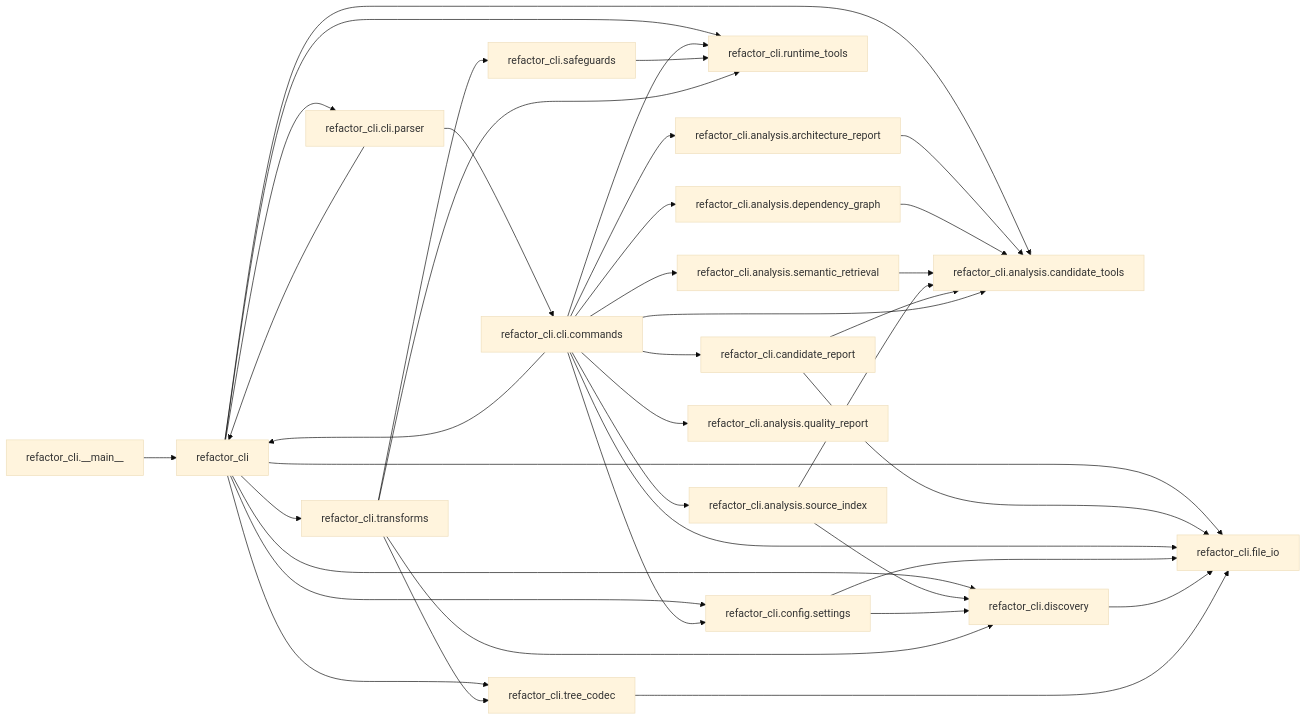
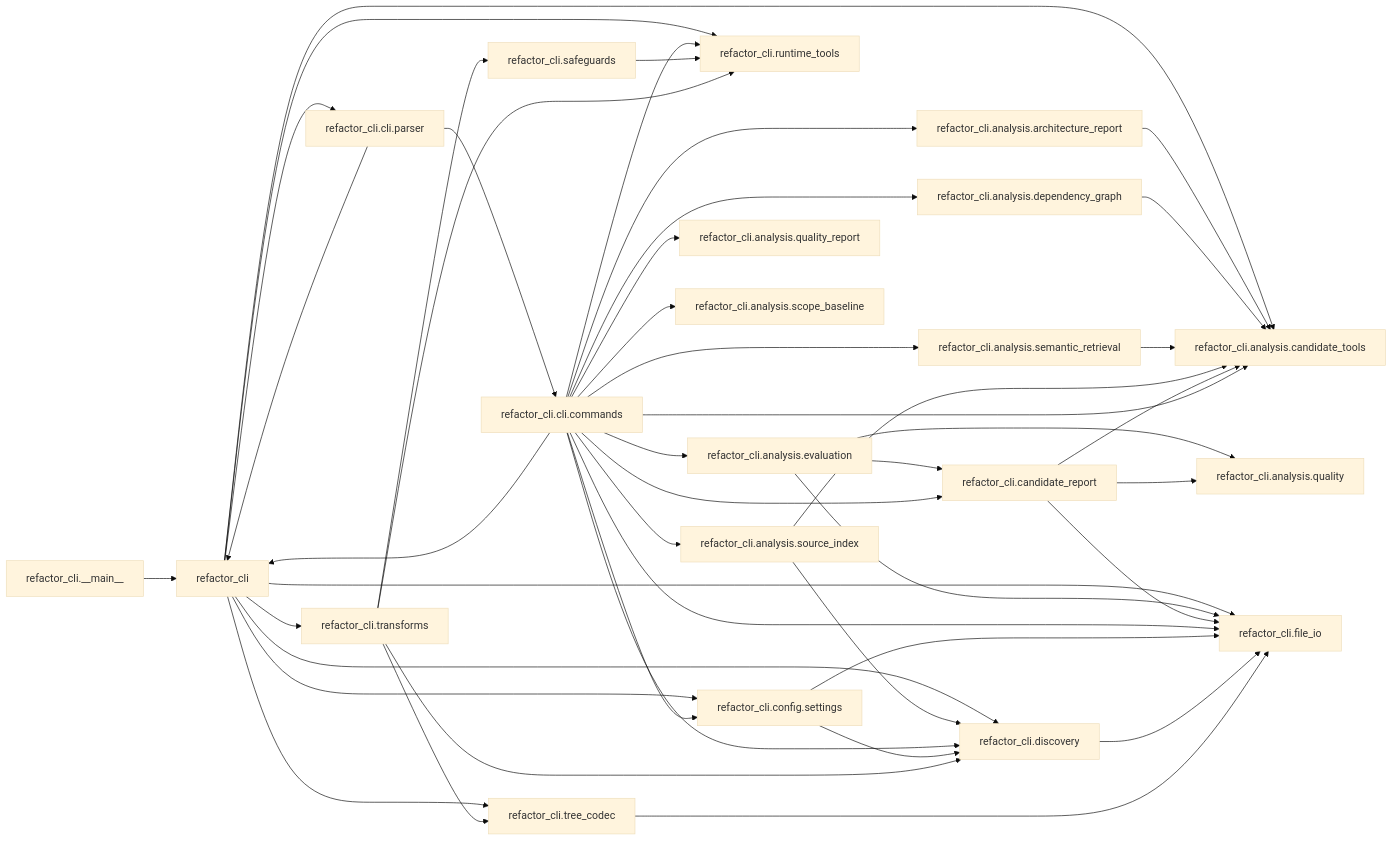
One commit to scl2bp/refactor_cli changed the diagram in .refactor/analysis/quality/quality.md. Above: the diagram before and after it, drawn with Mermaid (base theme). The commit also changed other lines of this file and 1 other file, not shown here.

Commit message:
Update quality report and analysis to reflect new module dependencies and complexity metrics

````diff
--- a/.refactor/analysis/quality/quality.md
+++ b/.refactor/analysis/quality/quality.md
@@ -58,59 +62,69 @@
 ```mermaid
 flowchart LR
     refactor_cli --> refactor_cli_analysis_candidate_tools
     refactor_cli --> refactor_cli_cli_parser
     refactor_cli --> refactor_cli_config_settings
     refactor_cli --> refactor_cli_discovery
     refactor_cli --> refactor_cli_file_io
     refactor_cli --> refactor_cli_runtime_tools
     refactor_cli --> refactor_cli_transforms
     refactor_cli --> refactor_cli_tree_codec
     refactor_cli___main__ --> refactor_cli
     refactor_cli_analysis_architecture_report --> refactor_cli_analysis_candidate_tools
     refactor_cli_analysis_dependency_graph --> refactor_cli_analysis_candidate_tools
+    refactor_cli_analysis_evaluation --> refactor_cli_analysis_quality
+    refactor_cli_analysis_evaluation --> refactor_cli_candidate_report
+    refactor_cli_analysis_evaluation --> refactor_cli_file_io
     refactor_cli_analysis_semantic_retrieval --> refactor_cli_analysis_candidate_tools
     refactor_cli_analysis_source_index --> refactor_cli_analysis_candidate_tools
     refactor_cli_analysis_source_index --> refactor_cli_discovery
     refactor_cli_candidate_report --> refactor_cli_analysis_candidate_tools
+    refactor_cli_candidate_report --> refactor_cli_analysis_quality
     refactor_cli_candidate_report --> refactor_cli_file_io
     refactor_cli_cli_commands --> refactor_cli
     refactor_cli_cli_commands --> refactor_cli_analysis_architecture_report
     refactor_cli_cli_commands --> refactor_cli_analysis_candidate_tools
     refactor_cli_cli_commands --> refactor_cli_analysis_dependency_graph
+    refactor_cli_cli_commands --> refactor_cli_analysis_evaluation
     refactor_cli_cli_commands --> refactor_cli_analysis_quality_report
+    refactor_cli_cli_commands --> refactor_cli_analysis_scope_baseline
     refactor_cli_cli_commands --> refactor_cli_analysis_semantic_retrieval
     refactor_cli_cli_commands --> refactor_cli_analysis_source_index
     refactor_cli_cli_commands --> refactor_cli_candidate_report
     refactor_cli_cli_commands --> refactor_cli_config_settings
+    refactor_cli_cli_commands --> refactor_cli_discovery
     refactor_cli_cli_commands --> refactor_cli_file_io
     refactor_cli_cli_commands --> refactor_cli_runtime_tools
     refactor_cli_cli_parser --> refactor_cli
     refactor_cli_cli_parser --> refactor_cli_cli_commands
     refactor_cli_config_settings --> refactor_cli_discovery
     refactor_cli_config_settings --> refactor_cli_file_io
     refactor_cli_discovery --> refactor_cli_file_io
     refactor_cli_safeguards --> refactor_cli_runtime_tools
     refactor_cli_transforms --> refactor_cli_discovery
     refactor_cli_transforms --> refactor_cli_runtime_tools
     refactor_cli_transforms --> refactor_cli_safeguards
     refactor_cli_transforms --> refactor_cli_tree_codec
     refactor_cli_tree_codec --> refactor_cli_file_io
     refactor_cli[refactor_cli]
     refactor_cli___main__[refactor_cli.__main__]
     refactor_cli_analysis_architecture_report[refactor_cli.analysis.architecture_report]
     refactor_cli_analysis_candidate_tools[refactor_cli.analysis.candidate_tools]
     refactor_cli_analysis_dependency_graph[refactor_cli.analysis.dependency_graph]
+    refactor_cli_analysis_evaluation[refactor_cli.analysis.evaluation]
+    refactor_cli_analysis_quality[refactor_cli.analysis.quality]
     refactor_cli_analysis_quality_report[refactor_cli.analysis.quality_report]
+    refactor_cli_analysis_scope_baseline[refactor_cli.analysis.scope_baseline]
     refactor_cli_analysis_semantic_retrieval[refactor_cli.analysis.semantic_retrieval]
     refactor_cli_analysis_source_index[refactor_cli.analysis.source_index]
     refactor_cli_candidate_report[refactor_cli.candidate_report]
     refactor_cli_cli_commands[refactor_cli.cli.commands]
     refactor_cli_cli_parser[refactor_cli.cli.parser]
     refactor_cli_config_settings[refactor_cli.config.settings]
     refactor_cli_discovery[refactor_cli.discovery]
     refactor_cli_file_io[refactor_cli.file_io]
     refactor_cli_runtime_tools[refactor_cli.runtime_tools]
     refactor_cli_safeguards[refactor_cli.safeguards]
     refactor_cli_transforms[refactor_cli.transforms]
     refactor_cli_tree_codec[refactor_cli.tree_codec]
 ```
````
